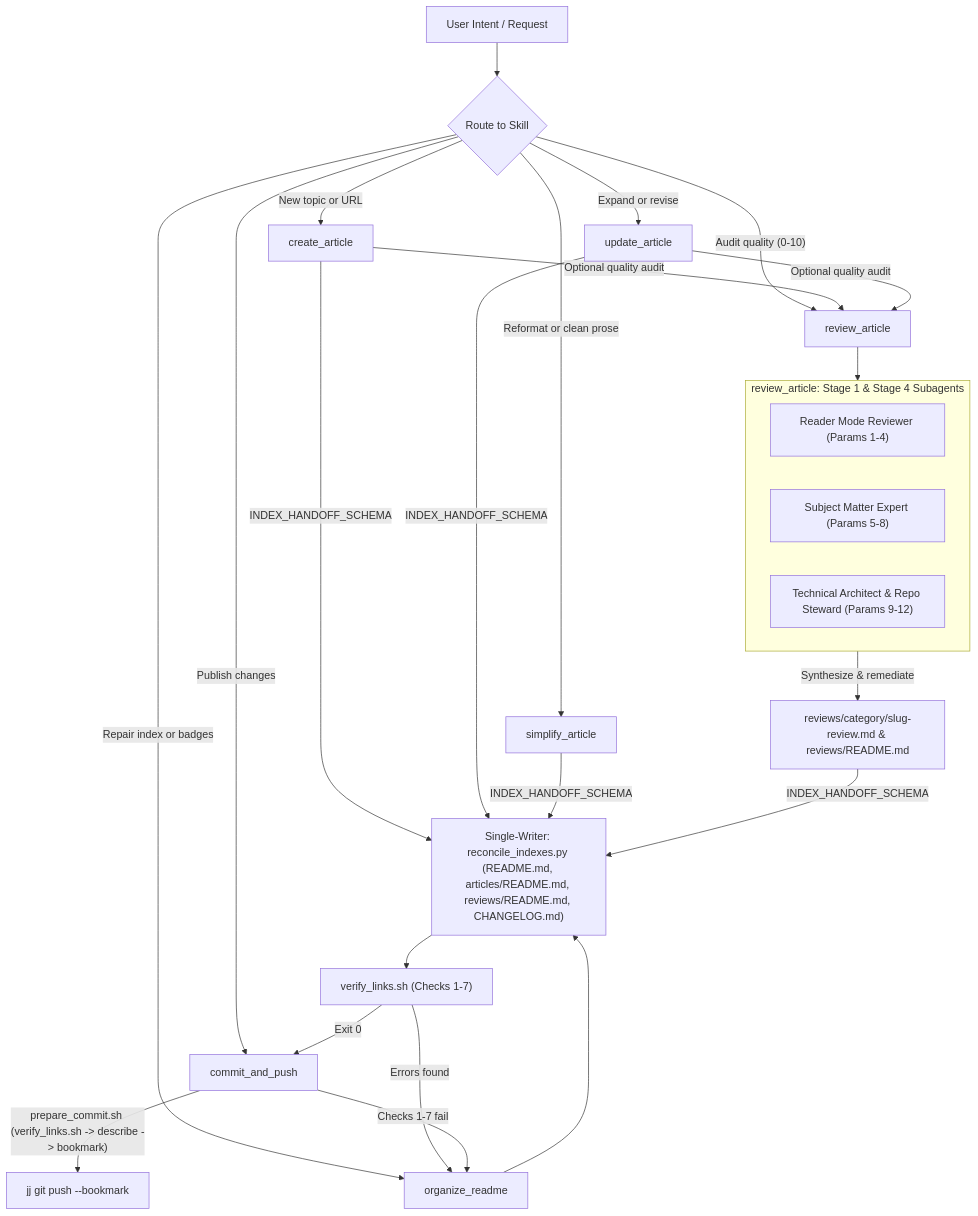
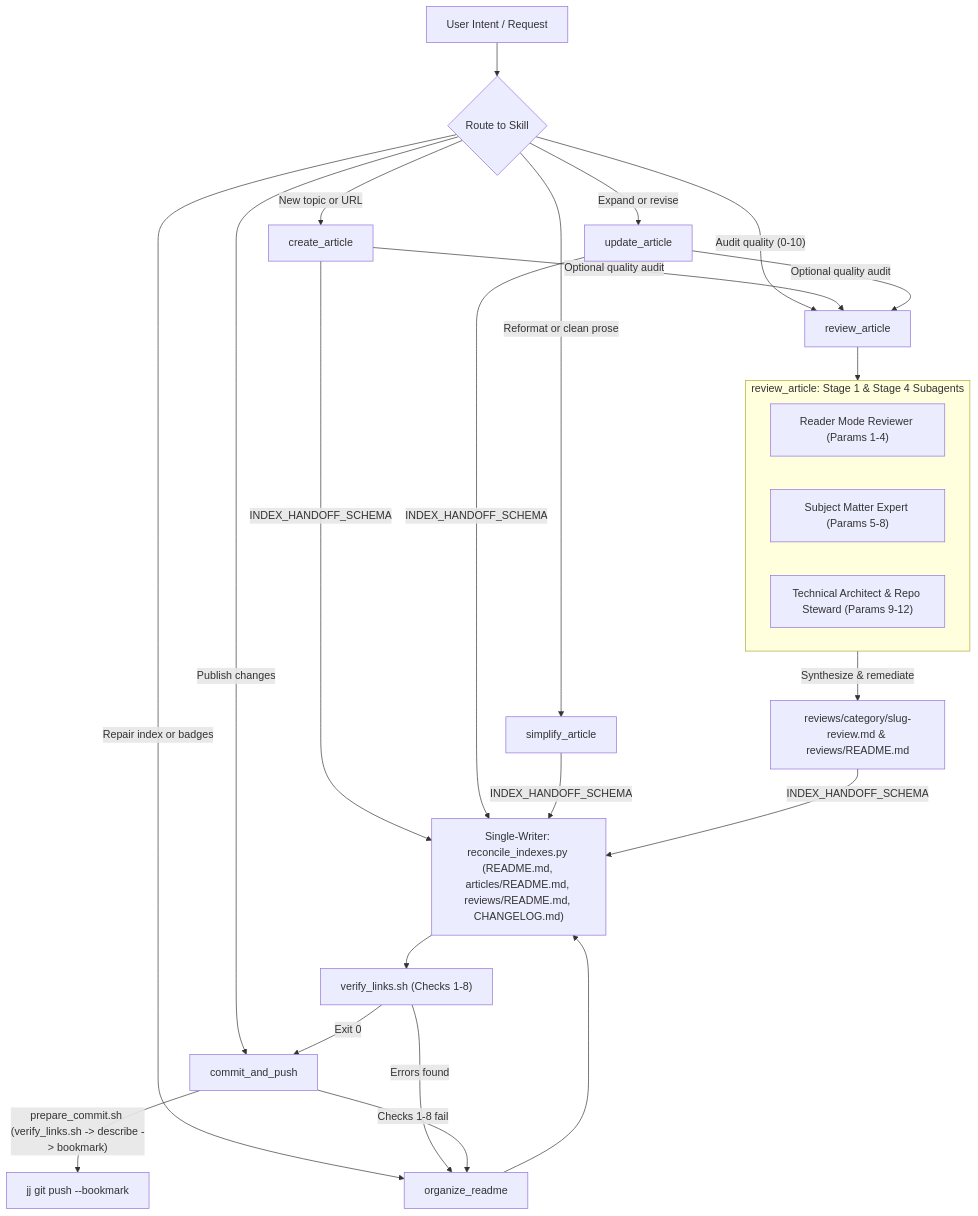
One commit to rohithtp/ThoughtsInWords changed the diagram in .agent/skills/README.md. Above: the diagram before and after it, drawn with Mermaid. The commit also changed other lines of this file and 23 other files, not shown here.

````diff
--- a/.agent/skills/README.md
+++ b/.agent/skills/README.md
@@ -47,35 +47,35 @@
 ```mermaid
 flowchart TD
     User["User Intent / Request"] --> Route{"Route to Skill"}
 
     Route -->|"New topic or URL"| Create["create_article"]
     Route -->|"Expand or revise"| Update["update_article"]
     Route -->|"Reformat or clean prose"| Simplify["simplify_article"]
     Route -->|"Audit quality (0-10)"| Review["review_article"]
     Route -->|"Repair index or badges"| Organize["organize_readme"]
     Route -->|"Publish changes"| Push["commit_and_push"]
 
     Create -->|"Optional quality audit"| Review
     Update -->|"Optional quality audit"| Review
 
     subgraph FanOut["review_article: Stage 1 & Stage 4 Subagents"]
         Reader["Reader Mode Reviewer (Params 1-4)"]
         SME["Subject Matter Expert (Params 5-8)"]
         Architect["Technical Architect & Repo Steward (Params 9-12)"]
     end
 
     Review --> FanOut
     FanOut -->|"Synthesize & remediate"| Report["reviews/category/slug-review.md & reviews/README.md"]
 
     Create -->|"INDEX_HANDOFF_SCHEMA"| Sync["Single-Writer: reconcile_indexes.py (README.md, articles/README.md, reviews/README.md, CHANGELOG.md)"]
     Update -->|"INDEX_HANDOFF_SCHEMA"| Sync
     Simplify -->|"INDEX_HANDOFF_SCHEMA"| Sync
     Report -->|"INDEX_HANDOFF_SCHEMA"| Sync
     Organize --> Sync
 
-    Sync --> Gate["verify_links.sh (Checks 1-7)"]
+    Sync --> Gate["verify_links.sh (Checks 1-8)"]
     Gate -->|"Exit 0"| Push
     Gate -->|"Errors found"| Organize
     Push -->|"prepare_commit.sh (verify_links.sh -> describe -> bookmark)"| Remote["jj git push --bookmark"]
-    Push -->|"Checks 1-7 fail"| Organize
+    Push -->|"Checks 1-8 fail"| Organize
 ```
````
